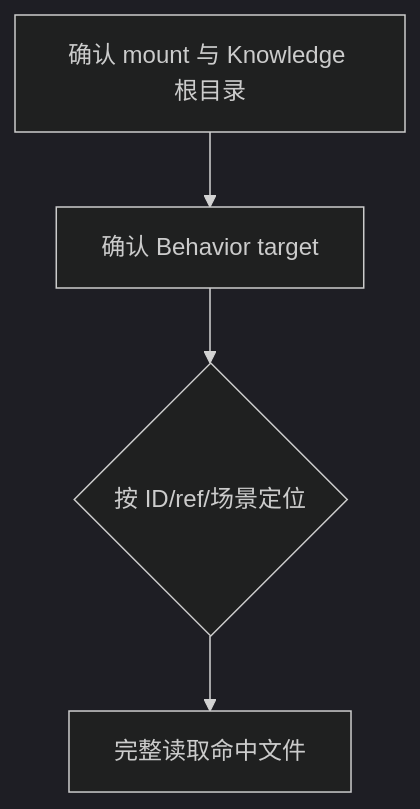
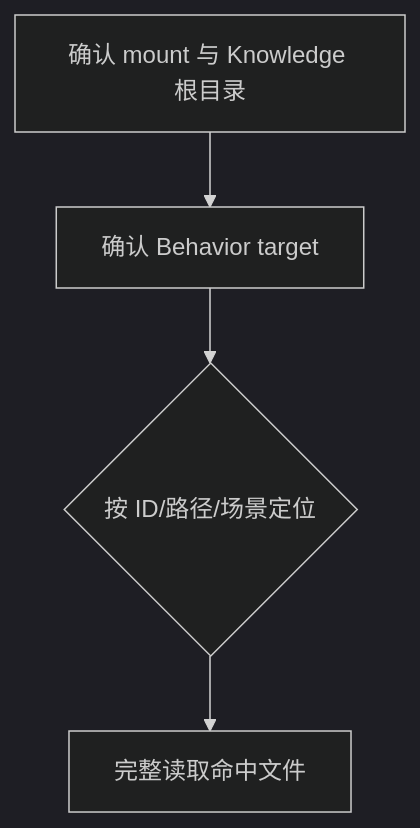
Before and after one commit to daihothot/scout: the first of 2 diagrams in assets/scout/skills/tool-guru-knowledge/SKILL.md, drawn with Mermaid (dark theme). The commit also changed other lines of this file and 11 other files, not shown here.

First line of the commit message:
docs(rbt): align main-flow Skills with structured Artifact handoffs

````diff
--- a/assets/scout/skills/tool-guru-knowledge/SKILL.md
+++ b/assets/scout/skills/tool-guru-knowledge/SKILL.md
@@ -160,6 +161,6 @@
 ```mermaid
 flowchart TD
   A["确认 mount 与 Knowledge 根目录"] --> B["确认 Behavior target"]
-  B --> C{"按 ID/ref/场景定位"}
+  B --> C{"按 ID/路径/场景定位"}
   C --> D["完整读取命中文件"]
 ```
````
